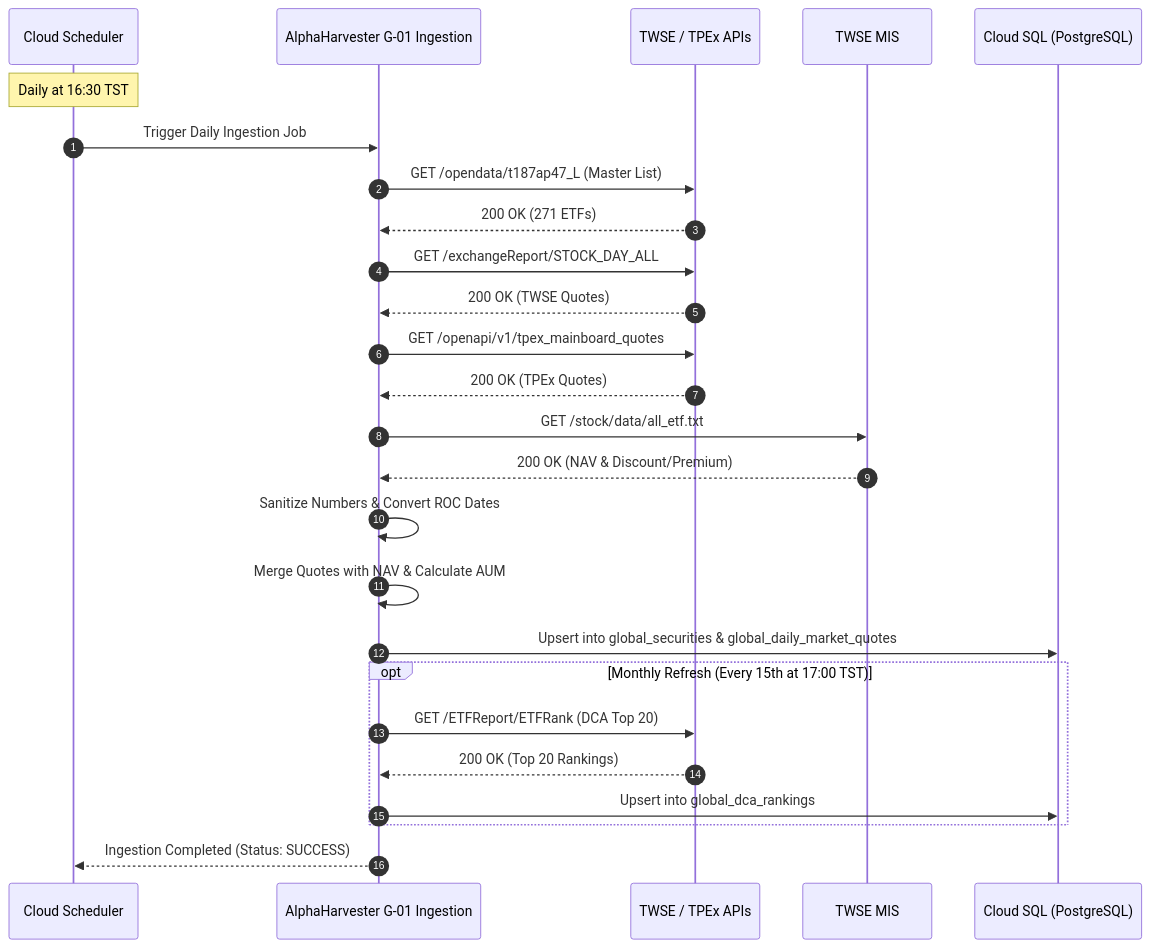
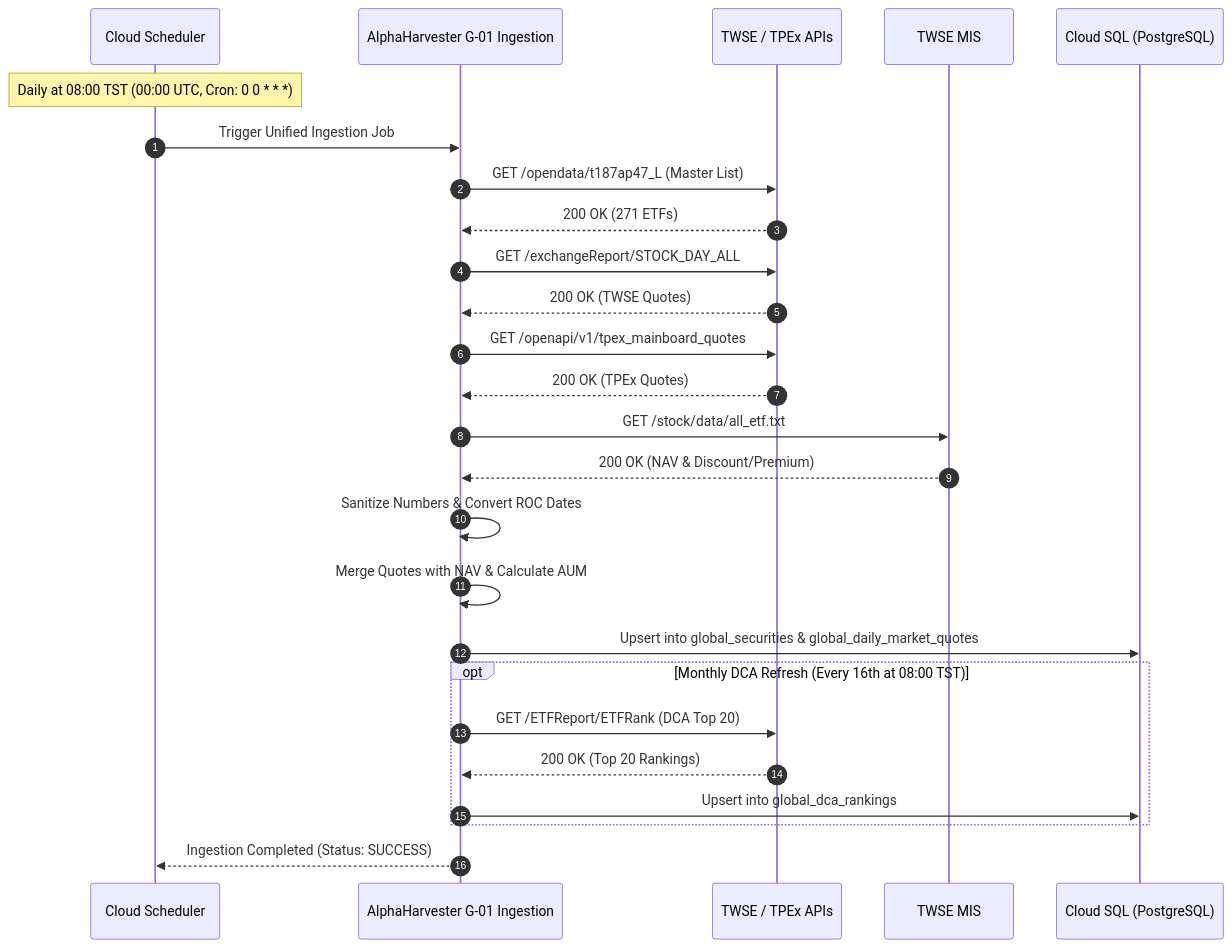
One commit to linuschien/etf-alpha-harvester changed the diagram in docs/01-requirements/external-specs/spec-twse-tpex-market-data.md. Above: the diagram before and after it, drawn with Mermaid. The commit also changed 6 other files, not shown here.

````diff
--- a/docs/01-requirements/external-specs/spec-twse-tpex-market-data.md
+++ b/docs/01-requirements/external-specs/spec-twse-tpex-market-data.md
@@ -264,32 +264,32 @@
 ```mermaid
 sequenceDiagram
     autonumber
     participant Cron as Cloud Scheduler
     participant Engine as AlphaHarvester G-01 Ingestion
     participant TWSE as TWSE / TPEx APIs
     participant MIS as TWSE MIS
     participant DB as Cloud SQL (PostgreSQL)
 
-    Note over Cron: Daily at 16:30 TST
-    Cron->>Engine: Trigger Daily Ingestion Job
+    Note over Cron: Daily at 08:00 TST (00:00 UTC, Cron: 0 0 * * *)
+    Cron->>Engine: Trigger Unified Ingestion Job
     Engine->>TWSE: GET /opendata/t187ap47_L (Master List)
     TWSE-->>Engine: 200 OK (271 ETFs)
     Engine->>TWSE: GET /exchangeReport/STOCK_DAY_ALL
     TWSE-->>Engine: 200 OK (TWSE Quotes)
     Engine->>TWSE: GET /openapi/v1/tpex_mainboard_quotes
     TWSE-->>Engine: 200 OK (TPEx Quotes)
     Engine->>MIS: GET /stock/data/all_etf.txt
     MIS-->>Engine: 200 OK (NAV & Discount/Premium)
 
     Engine->>Engine: Sanitize Numbers & Convert ROC Dates
     Engine->>Engine: Merge Quotes with NAV & Calculate AUM
     Engine->>DB: Upsert into global_securities & global_daily_market_quotes
     
-    opt Monthly Refresh (Every 15th at 17:00 TST)
+    opt Monthly DCA Refresh (Every 16th at 08:00 TST)
         Engine->>TWSE: GET /ETFReport/ETFRank (DCA Top 20)
         TWSE-->>Engine: 200 OK (Top 20 Rankings)
         Engine->>DB: Upsert into global_dca_rankings
     end
 
     Engine-->>Cron: Ingestion Completed (Status: SUCCESS)
 ```
````
